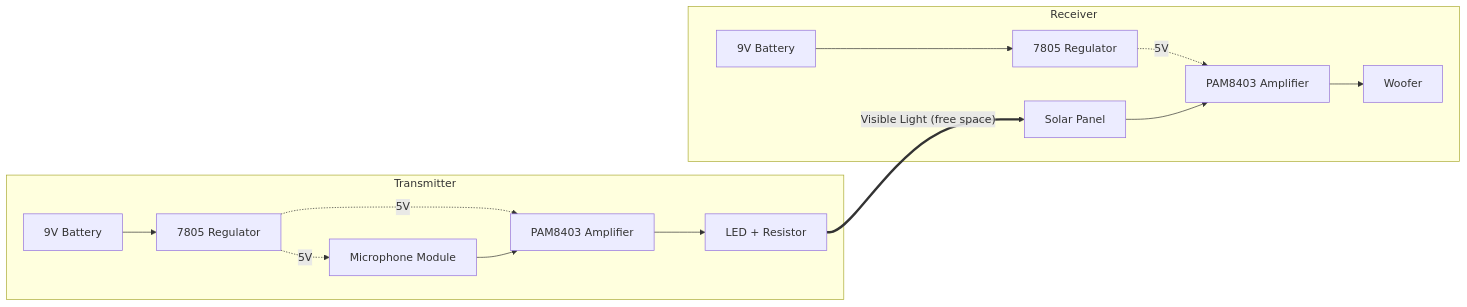
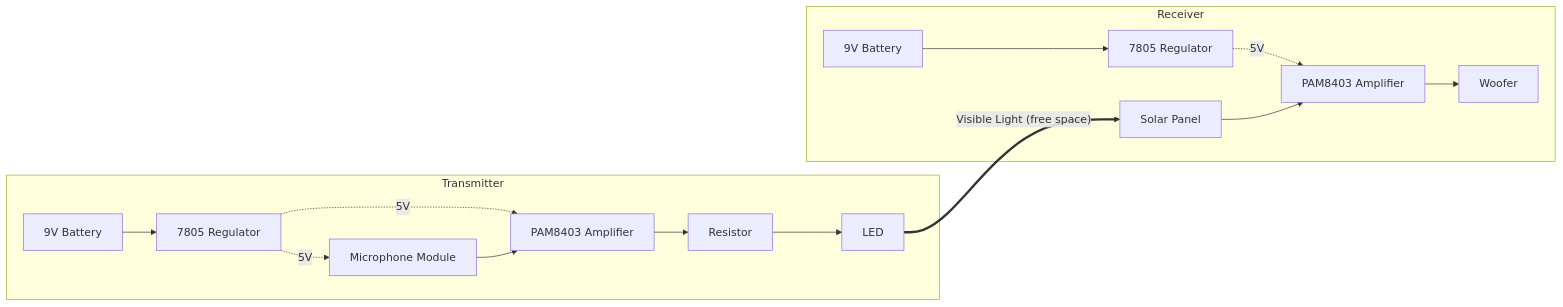
Before and after one commit to pjiya304-bot/Li-Fi-audio-transmission: the diagram in README.md, drawn with Mermaid.

````diff
--- a/README.md
+++ b/README.md
@@ -15,18 +15,18 @@
 ```mermaid
 flowchart LR
 subgraph TX["Transmitter"]
 P1[9V Battery] --> R1[7805 Regulator]
 R1 -. 5V .-> A
 R1 -. 5V .-> B
 A[Microphone Module] --> B[PAM8403 Amplifier]
-B --> C[LED + Resistor]
+B --> C[Resistor] --> D[LED]
 end
 
-C == "Visible Light (free space)" ==> D
+D == "Visible Light (free space)" ==> E
  subgraph RX["Receiver"]
 P2[9V Battery] --> R2[7805 Regulator]
-R2 -. 5V .-> E
-D[Solar Panel] --> E[PAM8403 Amplifier]
-E --> F[Woofer]
+R2 -. 5V .-> F
+E[Solar Panel] --> F[PAM8403 Amplifier]
+F --> G[Woofer]
 end
 ```
````
